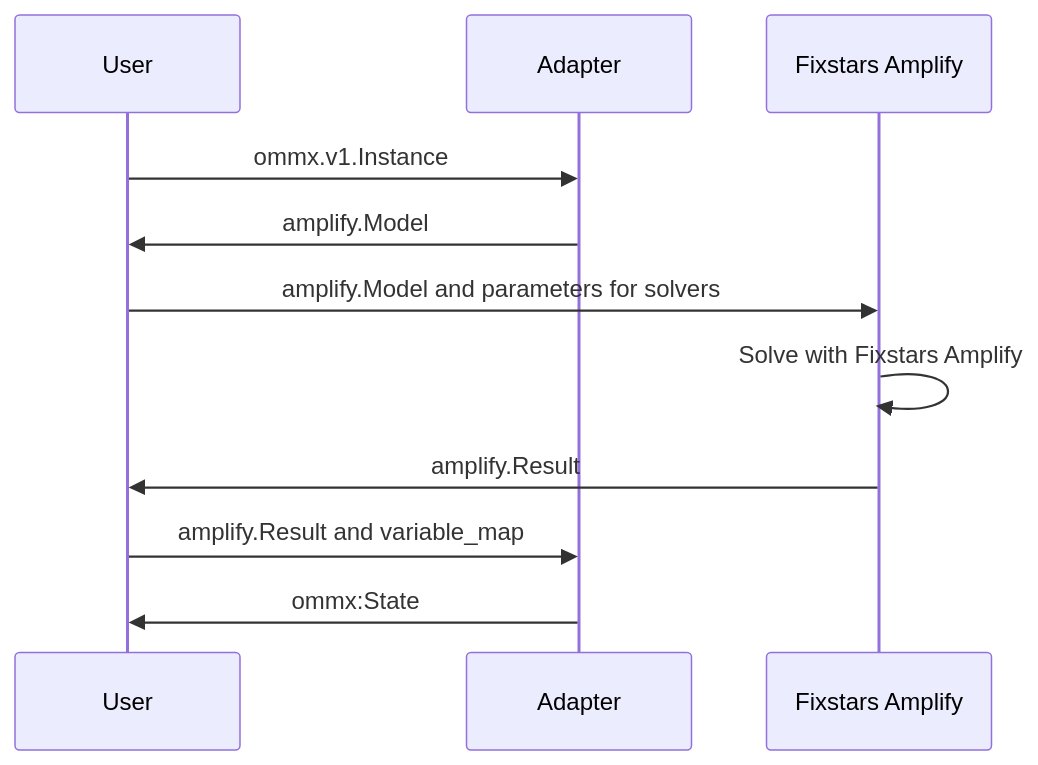
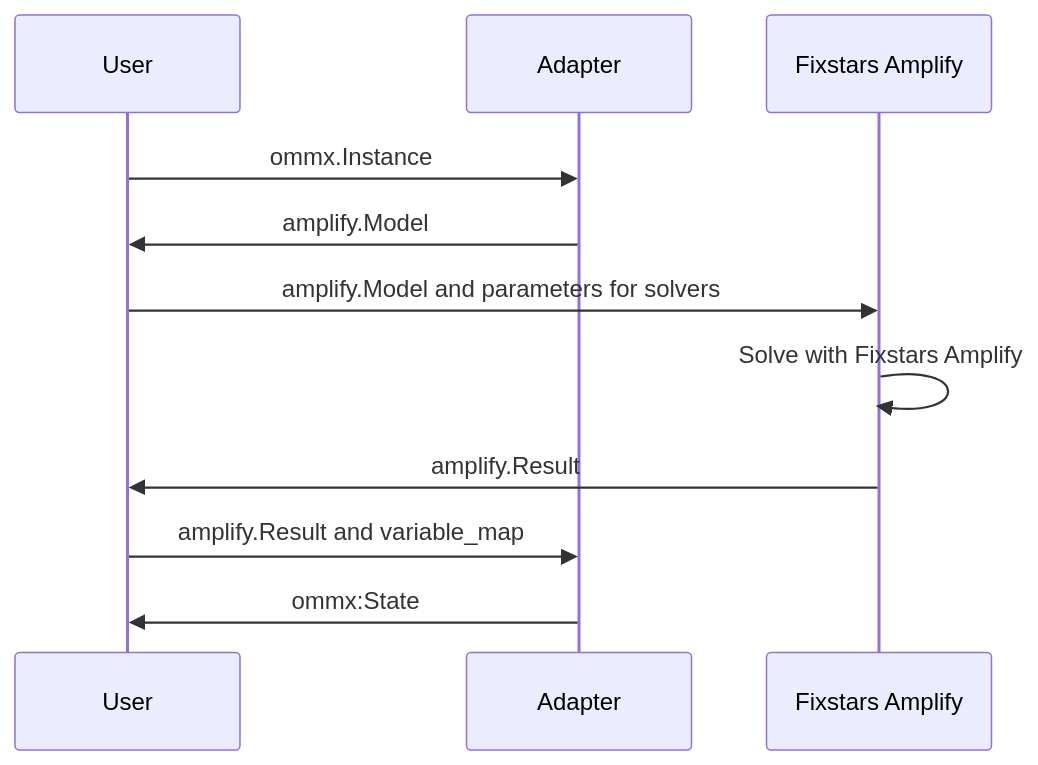
Before and after one commit to Jij-Inc/ommx-fixstars-amplify-adapter: the first of 2 diagrams in README.md, drawn with Mermaid. The commit also changed other lines of this file and 6 other files, not shown here.

````diff
--- a/README.md
+++ b/README.md
@@ -21,13 +21,13 @@
 ```mermaid
 sequenceDiagram
     participant U as User
     participant A as Adapter
     participant P as Fixstars Amplify
-    U->>A: ommx.v1.Instance
+    U->>A: ommx.Instance
     A->>U: amplify.Model
     U->>P: amplify.Model and parameters for solvers;
     P->>P: Solve with Fixstars Amplify
     P->>U: amplify.Result
     U->>A: amplify.Result and variable_map
     A->>U: ommx:State
 ```
````
